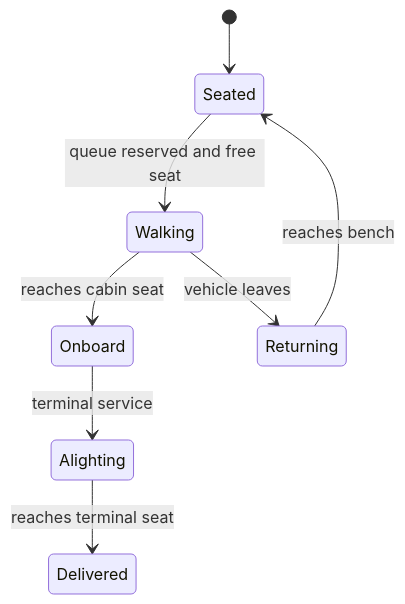
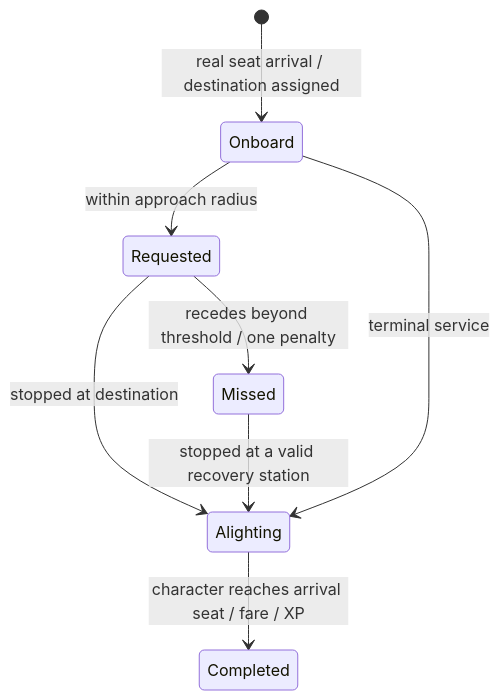
One commit to Lmapunzwana/kombi-shift changed the second of 3 diagrams in Docs/Assessment/DIAGRAMS.md. Above: the diagram before and after it, drawn with Mermaid. The commit also changed other lines of this file and 67 other files, not shown here.

````diff
--- a/Docs/Assessment/DIAGRAMS.md
+++ b/Docs/Assessment/DIAGRAMS.md
@@ -19,10 +25,10 @@
 ```mermaid
 stateDiagram-v2
- [*] --> Seated
- Seated --> Walking: queue reserved and free seat
- Walking --> Onboard: reaches cabin seat
- Walking --> Returning: vehicle leaves
- Returning --> Seated: reaches bench
+ [*] --> Onboard: real seat arrival / destination assigned
+ Onboard --> Requested: within approach radius
+ Requested --> Missed: recedes beyond threshold / one penalty
+ Requested --> Alighting: stopped at destination
+ Missed --> Alighting: stopped at a valid recovery station
  Onboard --> Alighting: terminal service
- Alighting --> Delivered: reaches terminal seat
+ Alighting --> Completed: character reaches arrival seat / fare / XP
 ```
````
